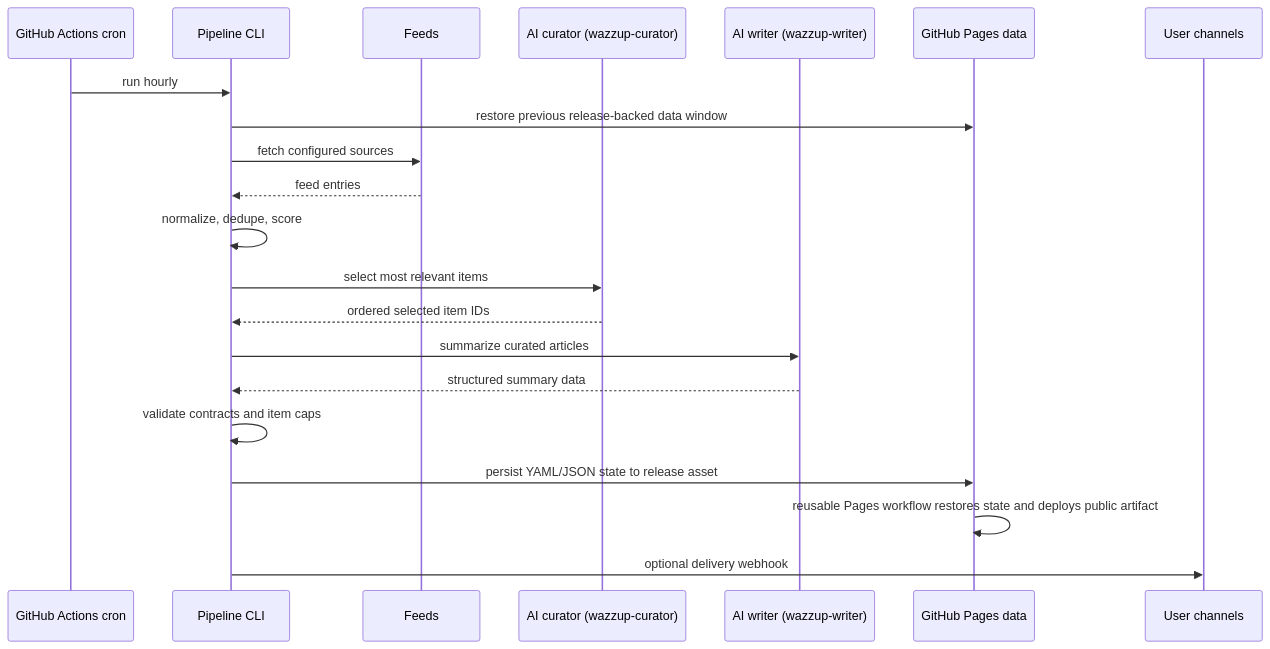
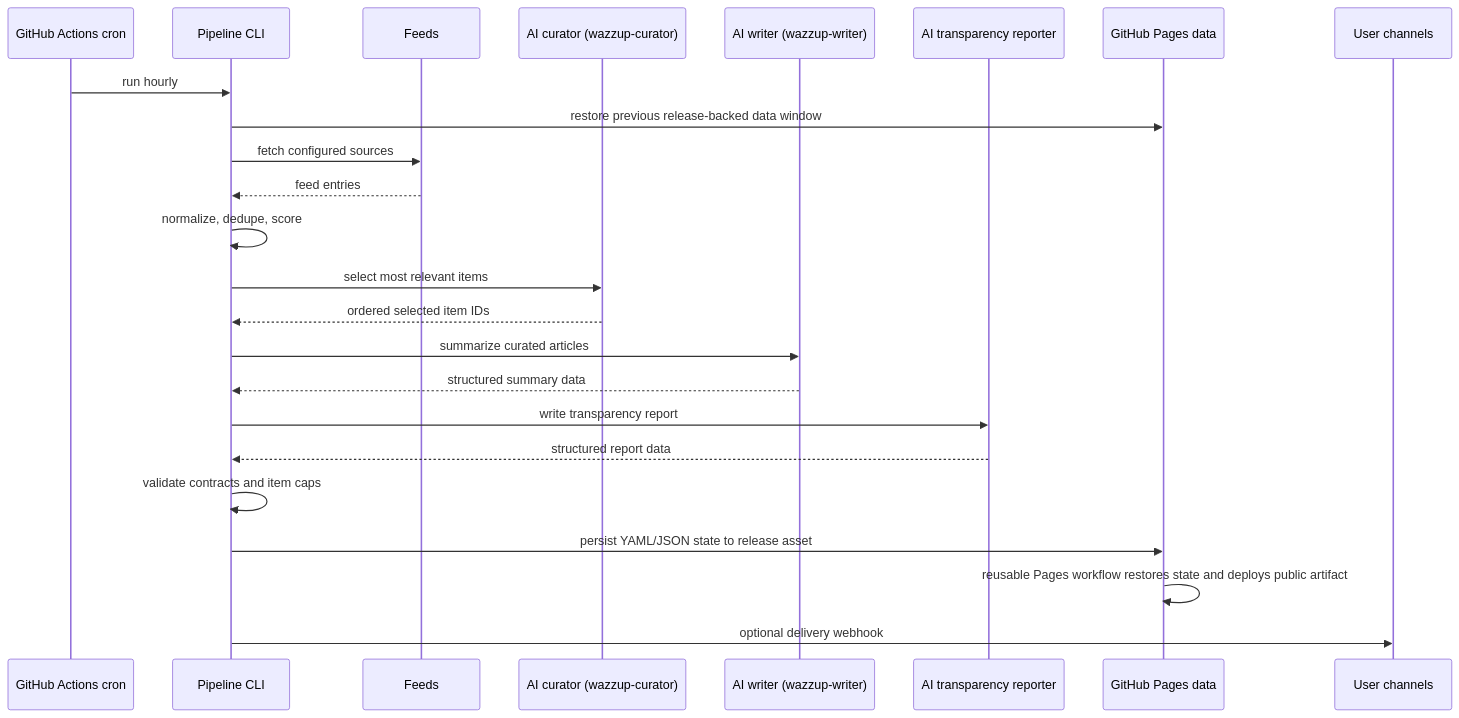
Before and after one commit to DevSecNinja/wazzup: the second of 2 diagrams in docs/architecture.md, drawn with Mermaid. The commit also changed other lines of this file and 13 other files, not shown here.

Commit message:
feat: add FD news & introduce transparency report (#106)

````diff
--- a/docs/architecture.md
+++ b/docs/architecture.md
@@ -56,24 +57,27 @@
 ```mermaid
 sequenceDiagram
     participant Cron as GitHub Actions cron
     participant CLI as Pipeline CLI
     participant Feeds as Feeds
     participant Curator as AI curator (wazzup-curator)
     participant Writer as AI writer (wazzup-writer)
+    participant Reporter as AI transparency reporter
     participant Pages as GitHub Pages data
     participant User as User channels
 
     Cron->>CLI: run hourly
     CLI->>Pages: restore previous release-backed data window
     CLI->>Feeds: fetch configured sources
     Feeds-->>CLI: feed entries
     CLI->>CLI: normalize, dedupe, score
     CLI->>Curator: select most relevant items
     Curator-->>CLI: ordered selected item IDs
     CLI->>Writer: summarize curated articles
     Writer-->>CLI: structured summary data
+    CLI->>Reporter: write transparency report
+    Reporter-->>CLI: structured report data
     CLI->>CLI: validate contracts and item caps
     CLI->>Pages: persist YAML/JSON state to release asset
     Pages->>Pages: reusable Pages workflow restores state and deploys public artifact
     CLI->>User: optional delivery webhook
 ```
````
